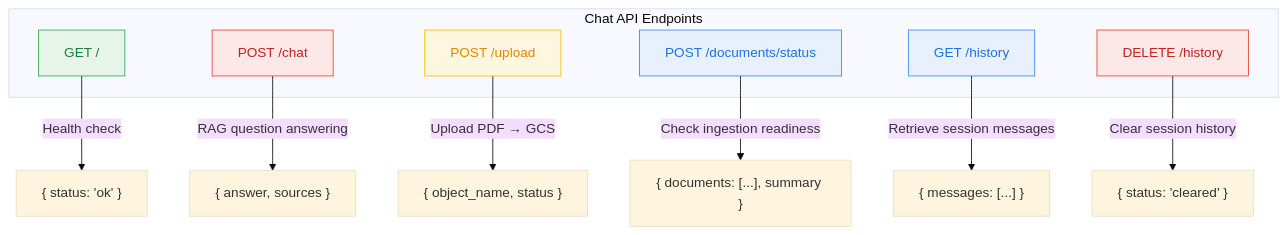
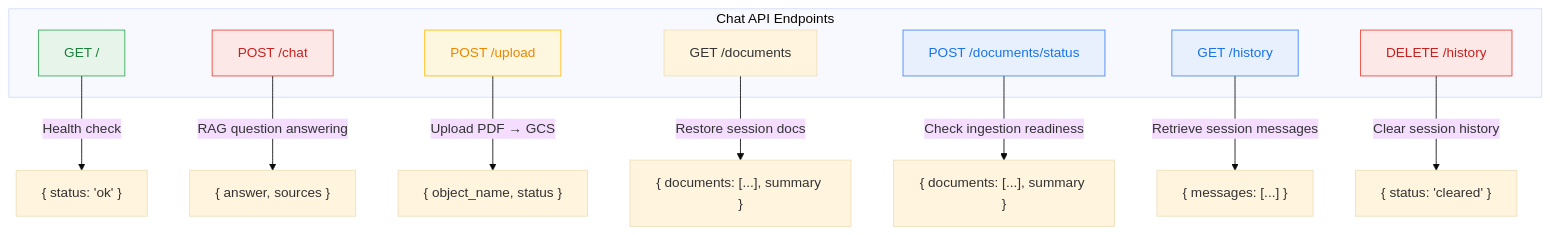
One commit to DanielMortada/cloud-computing-project changed the fifth of 5 diagrams in chat_api/README.md. Above: the diagram before and after it, drawn with Mermaid (base theme). The commit also changed other lines of this file and 8 other files, not shown here.

````diff
--- a/chat_api/README.md
+++ b/chat_api/README.md
@@ -257,25 +257,27 @@
 ```mermaid
 flowchart TD
     subgraph "Chat API Endpoints"
         H["GET /"]
         C["POST /chat"]
         U["POST /upload"]
+        D["GET /documents"]
         S["POST /documents/status"]
         RH["GET /history"]
         DH["DELETE /history"]
     end
 
     H -->|"Health check"| R1["{ status: 'ok' }"]
     C -->|"RAG question answering"| R2["{ answer, sources }"]
     U -->|"Upload PDF → GCS"| R3["{ object_name, status }"]
-    S -->|"Check ingestion readiness"| R4["{ documents: [...], summary }"]
-    RH -->|"Retrieve session messages"| R5["{ messages: [...] }"]
-    DH -->|"Clear session history"| R6["{ status: 'cleared' }"]
+    D -->|"Restore session docs"| R4["{ documents: [...], summary }"]
+    S -->|"Check ingestion readiness"| R5["{ documents: [...], summary }"]
+    RH -->|"Retrieve session messages"| R6["{ messages: [...] }"]
+    DH -->|"Clear session history"| R7["{ status: 'cleared' }"]
 
     style H fill:#E6F4EA,stroke:#34A853,color:#188038
     style C fill:#FCE8E6,stroke:#EA4335,color:#C5221F
     style U fill:#FEF7E0,stroke:#FBBC05,color:#EA8600
     style S fill:#E8F0FE,stroke:#4285F4,color:#1A73E8
     style RH fill:#E8F0FE,stroke:#4285F4,color:#1A73E8
     style DH fill:#FCE8E6,stroke:#EA4335,color:#C5221F
 ```
````
